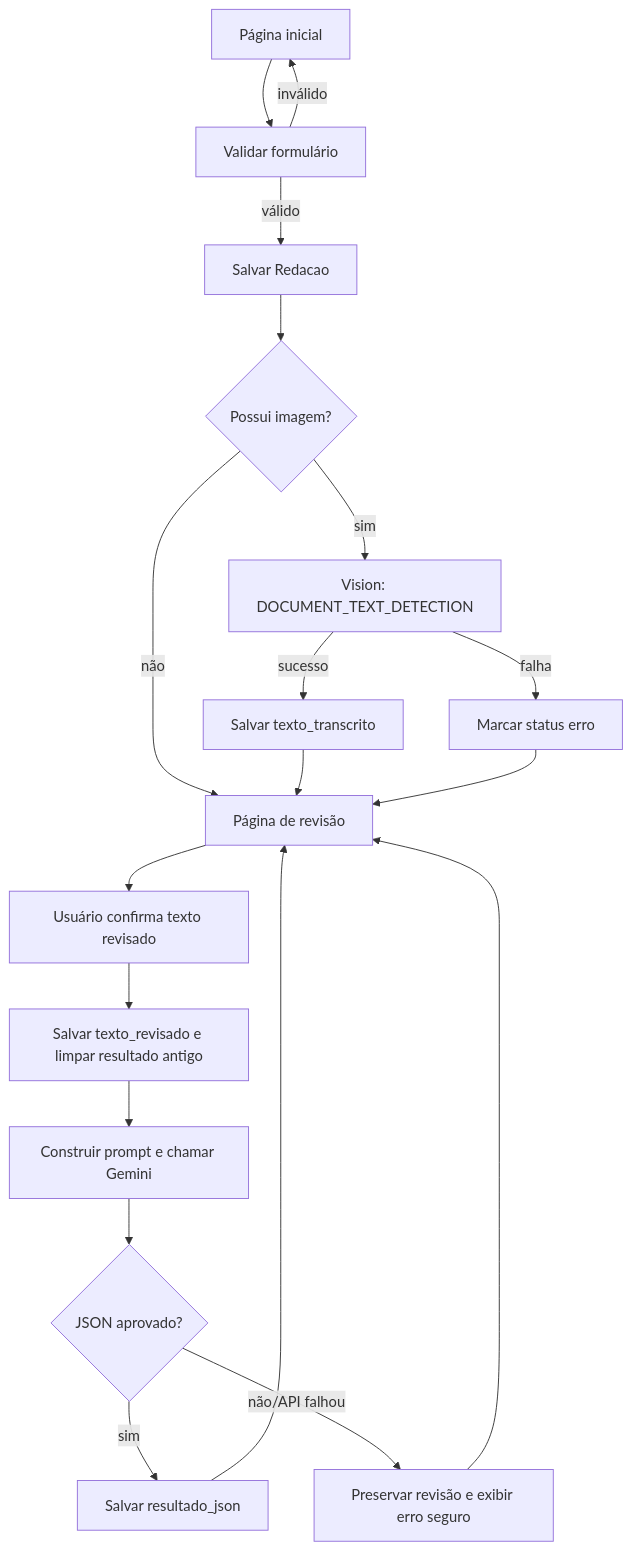
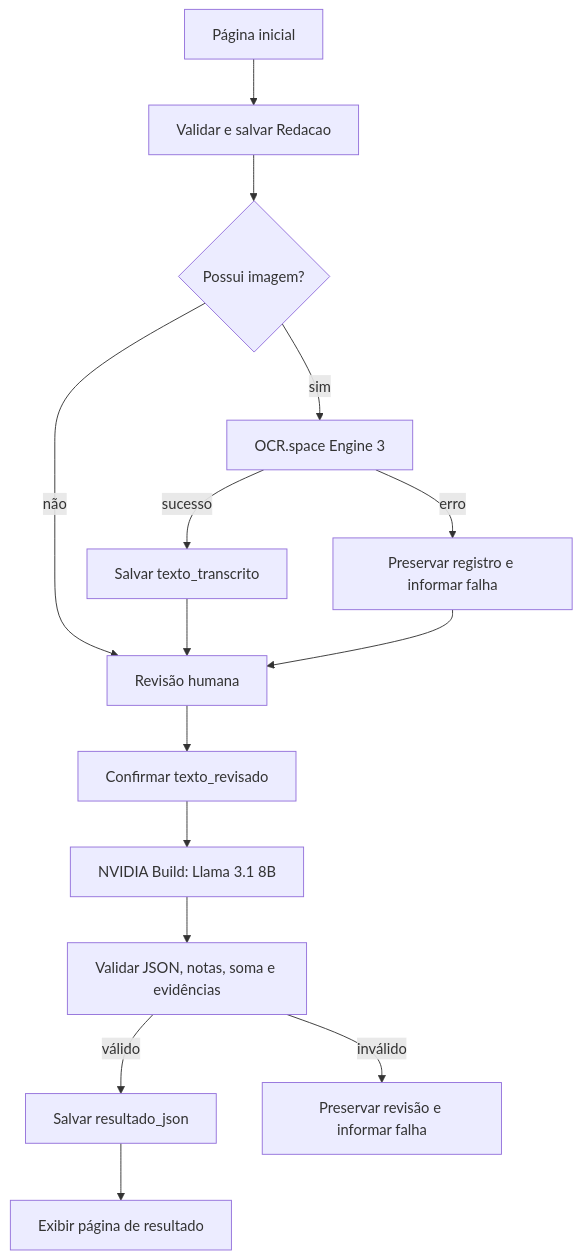
One commit to jgabriel-sntx/Corretor-de-redacao-ENEM changed the diagram in README.md. Above: the diagram before and after it, drawn with Mermaid. The commit also changed other lines of this file and 18 other files, not shown here.

````diff
--- a/README.md
+++ b/README.md
@@ -78,21 +61,17 @@
 ```mermaid
 flowchart TD
-    A["Página inicial"] --> B["Validar formulário"]
-    B -->|"inválido"| A
-    B -->|"válido"| C["Salvar Redacao"]
-    C --> D{"Possui imagem?"}
-    D -->|"não"| G["Página de revisão"]
-    D -->|"sim"| E["Vision: DOCUMENT_TEXT_DETECTION"]
-    E -->|"sucesso"| F["Salvar texto_transcrito"]
-    E -->|"falha"| X["Marcar status erro"]
-    F --> G
-    X --> G
-    G --> H["Usuário confirma texto revisado"]
-    H --> I["Salvar texto_revisado e limpar resultado antigo"]
-    I --> J["Construir prompt e chamar Gemini"]
-    J --> K{"JSON aprovado?"}
-    K -->|"sim"| L["Salvar resultado_json"]
-    K -->|"não/API falhou"| M["Preservar revisão e exibir erro seguro"]
-    L --> G
-    M --> G
+    A["Página inicial"] --> B["Validar e salvar Redacao"]
+    B --> C{"Possui imagem?"}
+    C -->|"não"| F["Revisão humana"]
+    C -->|"sim"| D["OCR.space Engine 3"]
+    D -->|"sucesso"| E["Salvar texto_transcrito"]
+    D -->|"erro"| X["Preservar registro e informar falha"]
+    E --> F
+    X --> F
+    F --> G["Confirmar texto_revisado"]
+    G --> H["NVIDIA Build: Llama 3.1 8B"]
+    H --> I["Validar JSON, notas, soma e evidências"]
+    I -->|"válido"| J["Salvar resultado_json"]
+    J --> L["Exibir página de resultado"]
+    I -->|"inválido"| K["Preservar revisão e informar falha"]
 ```
````
